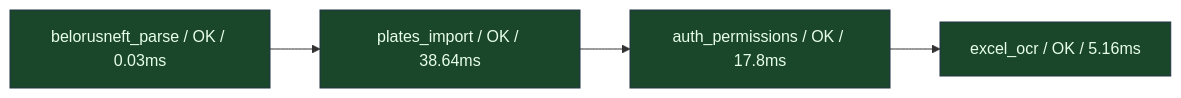
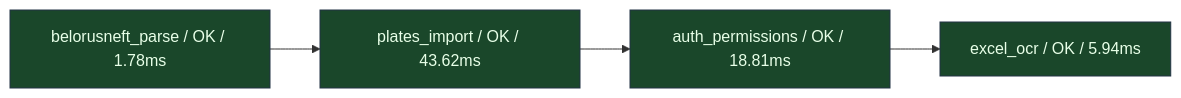
Before and after one commit to Asgarothhh/fuel-tracker-bot: the diagram in prototiping/REPORT.md, drawn with Mermaid. The commit also changed other lines of this file and 45 other files, not shown here.

````diff
--- a/prototiping/REPORT.md
+++ b/prototiping/REPORT.md
@@ -71,13 +71,13 @@
 ```mermaid
-%% Автогенерация prototiping.tools.graph_preview
+%% prototiping.reporting.diagram
 flowchart LR
-  N0["belorusneft_parse / OK / 0.03ms"]:::okNode
-  N1["plates_import / OK / 38.64ms"]:::okNode
-  N2["auth_permissions / OK / 17.8ms"]:::okNode
-  N3["excel_ocr / OK / 5.16ms"]:::okNode
+  N0["belorusneft_parse / OK / 1.78ms"]:::okNode
+  N1["plates_import / OK / 43.62ms"]:::okNode
+  N2["auth_permissions / OK / 18.81ms"]:::okNode
+  N3["excel_ocr / OK / 5.94ms"]:::okNode
   classDef okNode fill:#1a472a,stroke:#234,color:#e8ffe8
   classDef failNode fill:#6b1c1c,stroke:#422,color:#ffe8e8
   N0 --> N1
   N1 --> N2
   N2 --> N3
 ```
````
